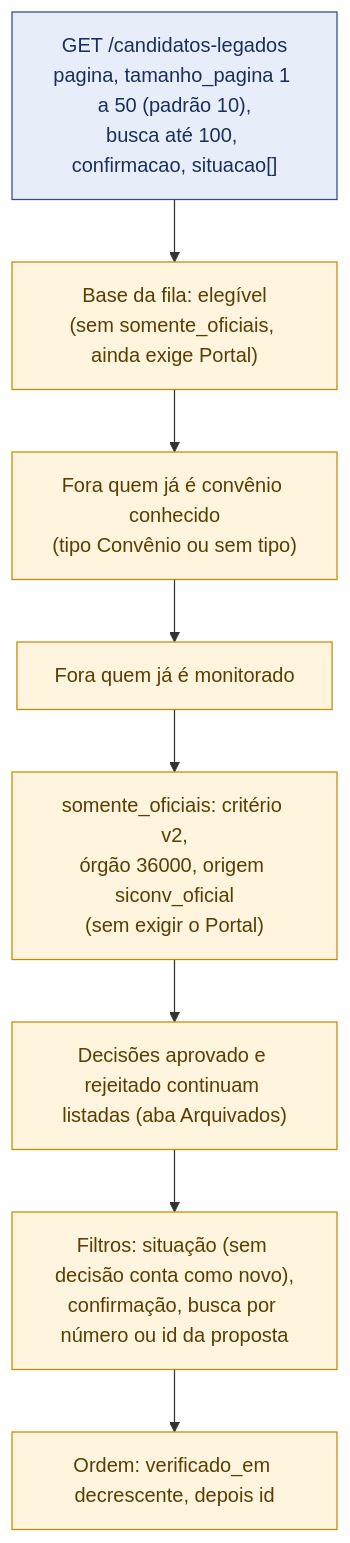
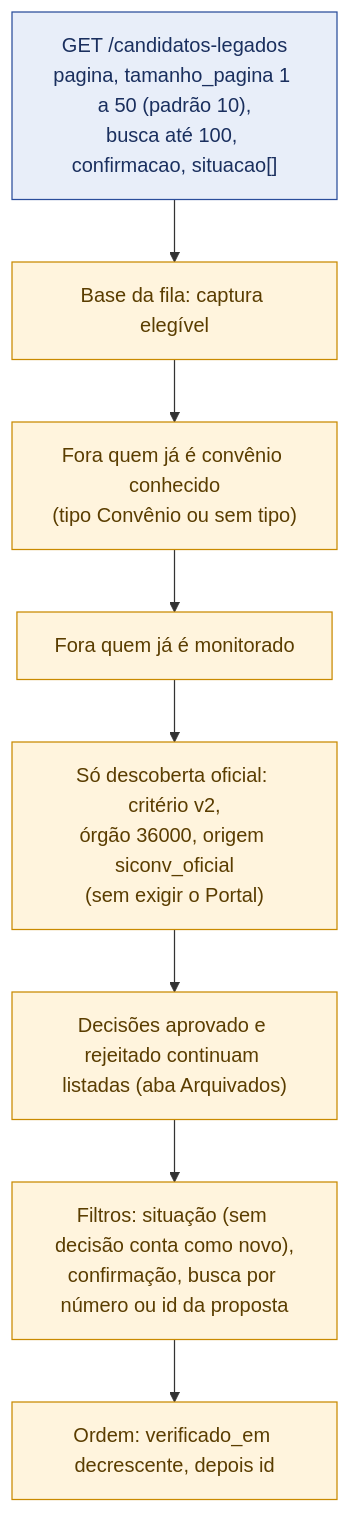
Before and after one commit to devs-ministerio/par_equipamentos: the tenth of 20 diagrams in docs/mermaid/radar-instrumentos.md, drawn with Mermaid. The commit also changed other lines of this file and 18 other files, not shown here.

````diff
--- a/docs/mermaid/radar-instrumentos.md
+++ b/docs/mermaid/radar-instrumentos.md
@@ -258,13 +258,13 @@
 ```mermaid
 flowchart TB
     classDef regra fill:#FFF4DD,stroke:#C98A00,color:#5a3d00
     classDef tela fill:#E8EEF9,stroke:#2A4D9B,color:#1a2f5e
 
-    Q["GET /candidatos-legados<br/>pagina, tamanho_pagina 1 a 50 (padrão 10),<br/>busca até 100, confirmacao, situacao[]"]:::tela --> BASE["Base da fila: elegível<br/>(sem somente_oficiais, ainda exige Portal)"]:::regra
+    Q["GET /candidatos-legados<br/>pagina, tamanho_pagina 1 a 50 (padrão 10),<br/>busca até 100, confirmacao, situacao[]"]:::tela --> BASE["Base da fila: captura elegível"]:::regra
     BASE --> F1["Fora quem já é convênio conhecido<br/>(tipo Convênio ou sem tipo)"]:::regra
     F1 --> F2["Fora quem já é monitorado"]:::regra
-    F2 --> F3["somente_oficiais: critério v2,<br/>órgão 36000, origem siconv_oficial<br/>(sem exigir o Portal)"]:::regra
+    F2 --> F3["Só descoberta oficial: critério v2,<br/>órgão 36000, origem siconv_oficial<br/>(sem exigir o Portal)"]:::regra
     F3 --> F4["Decisões aprovado e rejeitado continuam listadas (aba Arquivados)"]:::regra
     F4 --> F5["Filtros: situação (sem decisão conta como novo),<br/>confirmação, busca por número ou id da proposta"]:::regra
     F5 --> ORD["Ordem: verificado_em decrescente, depois id"]:::regra
 ```
````
